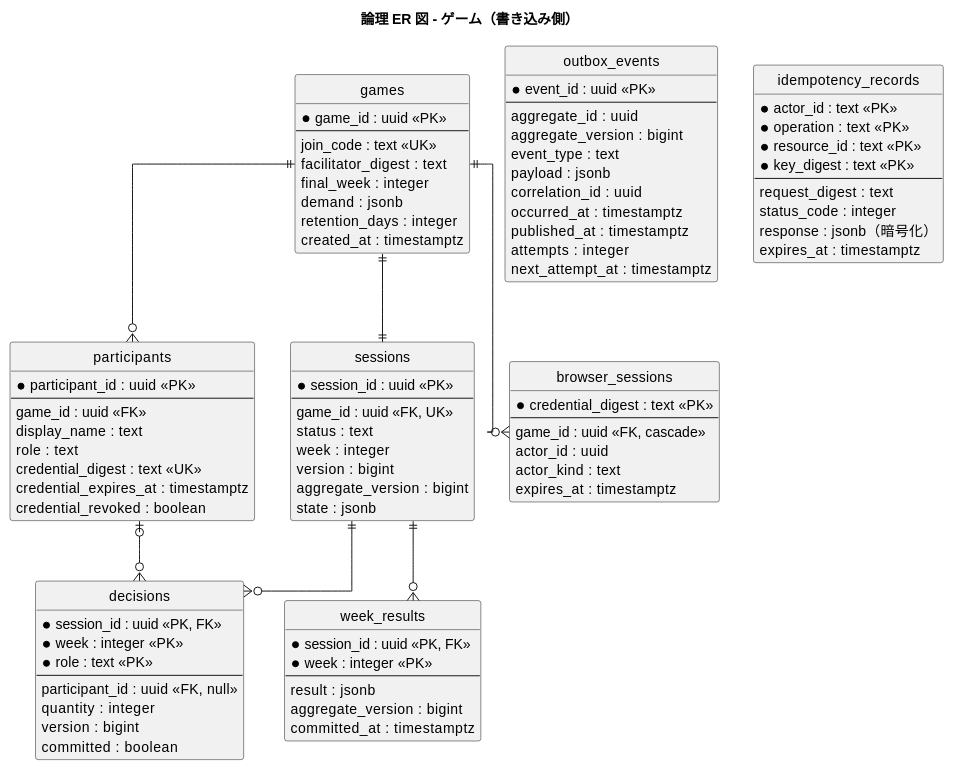
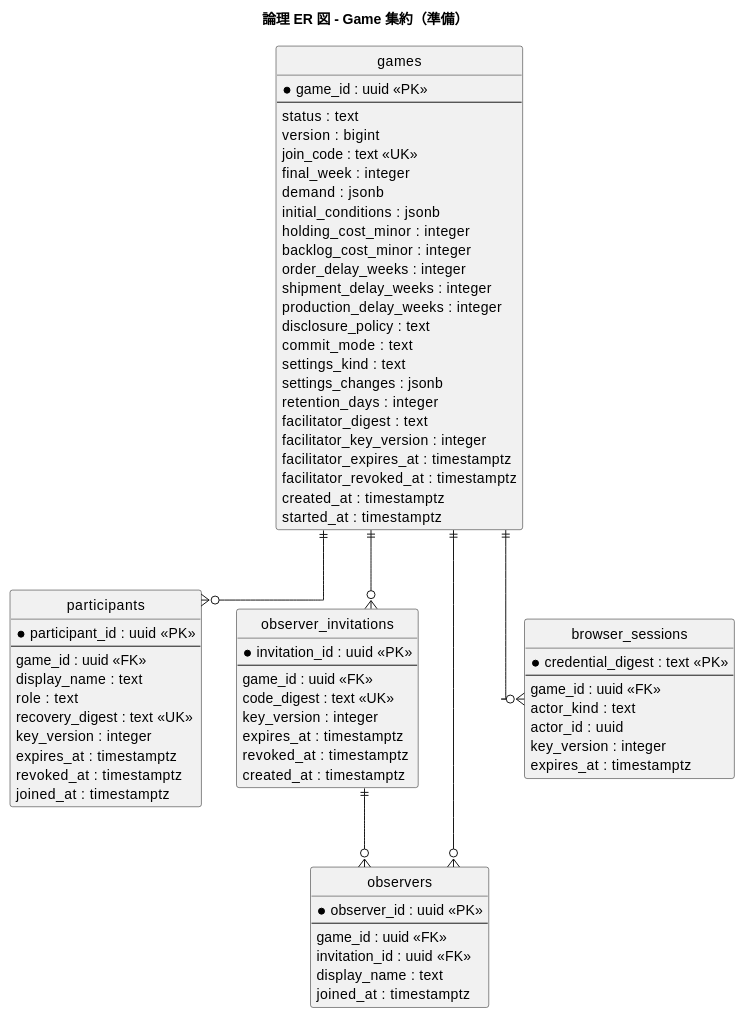
Before and after one commit to k2works/case-study-beer-game-simulation: the second of 4 diagrams in docs/design/beer-game2/data-model.md, drawn with PlantUML. The commit also changed other lines of this file and 5 other files, not shown here.

````diff
--- a/docs/design/beer-game2/data-model.md
+++ b/docs/design/beer-game2/data-model.md
@@ -91,29 +82,34 @@
 ```plantuml
 @startuml
-title 論理 ER 図 - ゲーム（書き込み側）
+title 論理 ER 図 - Game 集約（準備）
 hide circle
 skinparam linetype ortho
 
 entity "games" as games {
   * game_id : uuid <<PK>>
   --
+  status : text
+  version : bigint
   join_code : text <<UK>>
-  facilitator_digest : text
   final_week : integer
   demand : jsonb
+  initial_conditions : jsonb
+  holding_cost_minor : integer
+  backlog_cost_minor : integer
+  order_delay_weeks : integer
+  shipment_delay_weeks : integer
+  production_delay_weeks : integer
+  disclosure_policy : text
+  commit_mode : text
+  settings_kind : text
+  settings_changes : jsonb
   retention_days : integer
+  facilitator_digest : text
+  facilitator_key_version : integer
+  facilitator_expires_at : timestamptz
+  facilitator_revoked_at : timestamptz
   created_at : timestamptz
-}
-
-entity "sessions" as sessions {
-  * session_id : uuid <<PK>>
-  --
-  game_id : uuid <<FK, UK>>
-  status : text
-  week : integer
-  version : bigint
-  aggregate_version : bigint
-  state : jsonb
+  started_at : timestamptz
 }
 
 entity "participants" as participants {
@@ -122,71 +118,47 @@
   game_id : uuid <<FK>>
   display_name : text
   role : text
-  credential_digest : text <<UK>>
-  credential_expires_at : timestamptz
-  credential_revoked : boolean
+  recovery_digest : text <<UK>>
+  key_version : integer
+  expires_at : timestamptz
+  revoked_at : timestamptz
+  joined_at : timestamptz
 }
 
-entity "decisions" as decisions {
-  * session_id : uuid <<PK, FK>>
-  * week : integer <<PK>>
-  * role : text <<PK>>
+entity "observer_invitations" as invitations {
+  * invitation_id : uuid <<PK>>
   --
-  participant_id : uuid <<FK, null>>
-  quantity : integer
-  version : bigint
-  committed : boolean
+  game_id : uuid <<FK>>
+  code_digest : text <<UK>>
+  key_version : integer
+  expires_at : timestamptz
+  revoked_at : timestamptz
+  created_at : timestamptz
 }
 
-entity "week_results" as week_results {
-  * session_id : uuid <<PK, FK>>
-  * week : integer <<PK>>
+entity "observers" as observers {
+  * observer_id : uuid <<PK>>
   --
-  result : jsonb
-  aggregate_version : bigint
-  committed_at : timestamptz
+  game_id : uuid <<FK>>
+  invitation_id : uuid <<FK>>
+  display_name : text
+  joined_at : timestamptz
 }
 
 entity "browser_sessions" as browser_sessions {
   * credential_digest : text <<PK>>
   --
-  game_id : uuid <<FK, cascade>>
+  game_id : uuid <<FK>>
+  actor_kind : text
   actor_id : uuid
-  actor_kind : text
+  key_version : integer
   expires_at : timestamptz
 }
 
-entity "outbox_events" as outbox_events {
-  * event_id : uuid <<PK>>
-  --
-  aggregate_id : uuid
-  aggregate_version : bigint
-  event_type : text
-  payload : jsonb
-  correlation_id : uuid
-  occurred_at : timestamptz
-  published_at : timestamptz
-  attempts : integer
-  next_attempt_at : timestamptz
-}
-
-entity "idempotency_records" as idempotency_records {
-  * actor_id : text <<PK>>
-  * operation : text <<PK>>
-  * resource_id : text <<PK>>
-  * key_digest : text <<PK>>
-  --
-  request_digest : text
-  status_code : integer
-  response : jsonb（暗号化）
-  expires_at : timestamptz
-}
-
-games ||--|| sessions
 games ||--o{ participants
+games ||--o{ invitations
+invitations ||--o{ observers
+games ||--o{ observers
 games ||--o{ browser_sessions
-sessions ||--o{ decisions
-sessions ||--o{ week_results
-participants |o--o{ decisions
 @enduml
 ```
````
